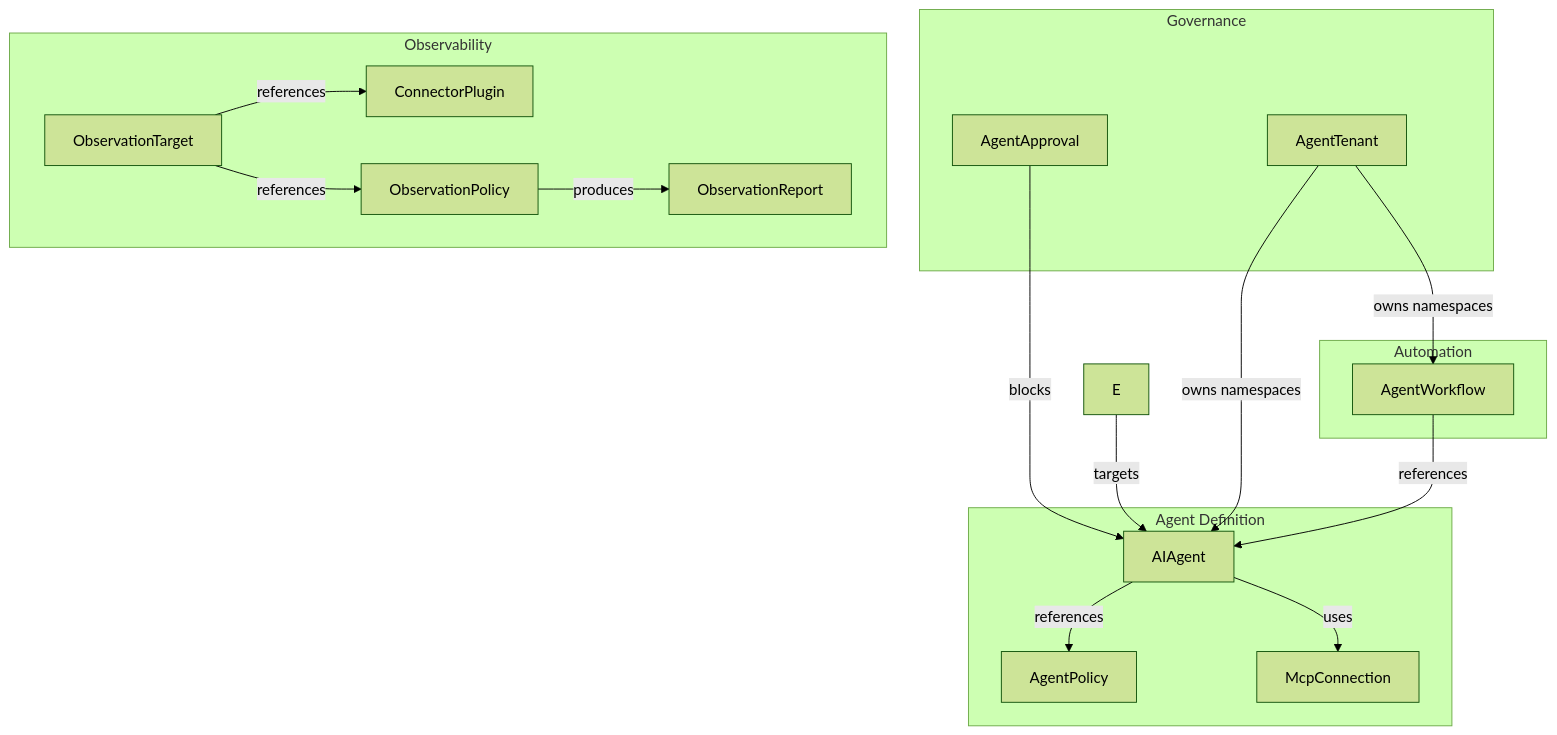
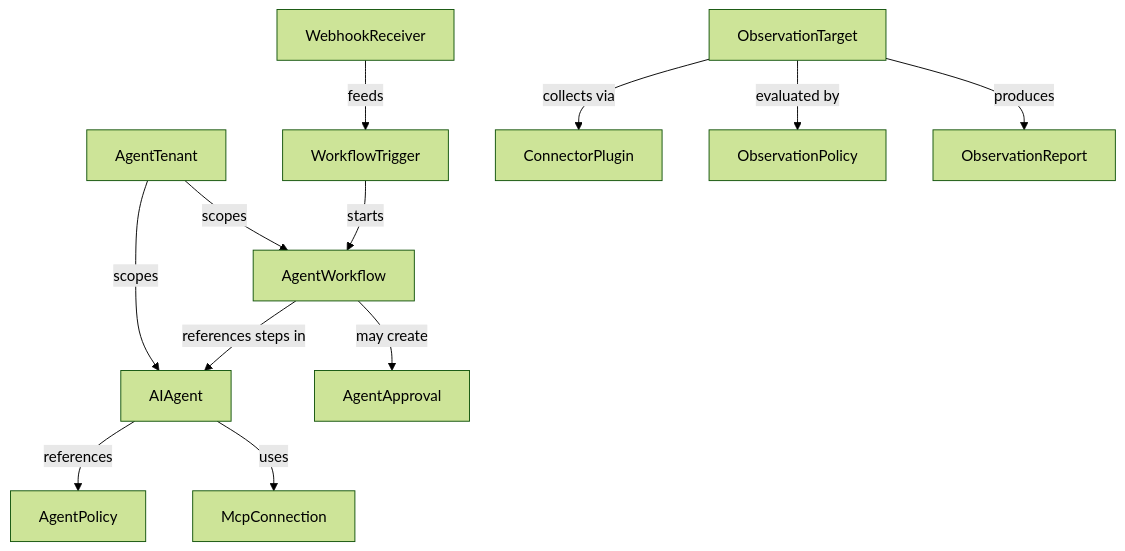
One commit to ykbytes/kubesynapse.ai changed the fifth of 5 diagrams in docs/architecture.md. Above: the diagram before and after it, drawn with Mermaid (forest theme). The commit also changed other lines of this file and 86 other files, not shown here.

````diff
--- a/docs/architecture.md
+++ b/docs/architecture.md
@@ -248,35 +323,27 @@
 ```mermaid
 flowchart TB
-    subgraph Agent["Agent Definition"]
-        A[AIAgent]
-        P[AgentPolicy]
-        M[McpConnection]
-    end
+    AG[AIAgent]
+    AP[AgentPolicy]
+    AA[AgentApproval]
+    AW[AgentWorkflow]
+    AT[AgentTenant]
+    MC[McpConnection]
+    WR[WebhookReceiver]
+    WT[WorkflowTrigger]
+    CP[ConnectorPlugin]
+    OT[ObservationTarget]
+    OP[ObservationPolicy]
+    OR[ObservationReport]
 
-    subgraph Governance["Governance"]
-        AP[AgentApproval]
-        AT[AgentTenant]
-    end
-
-    subgraph Automation["Automation"]
-        W[AgentWorkflow]
-    end
-
-    subgraph Observability["Observability"]
-        OT[ObservationTarget]
-        OP[ObservationPolicy]
-        OC[ConnectorPlugin]
-        OR[ObservationReport]
-    end
-
-    A -->|references| P
-    A -->|uses| M
-    W -->|references| A
-    E -->|targets| A
-    AP -->|blocks| A
-    AT -->|owns namespaces| A
-    AT -->|owns namespaces| W
-    OT -->|references| OC
-    OT -->|references| OP
-    OP -->|produces| OR
+    AG -->|references| AP
+    AG -->|uses| MC
+    AW -->|references steps in| AG
+    AW -->|may create| AA
+    WT -->|starts| AW
+    WR -->|feeds| WT
+    AT -->|scopes| AG
+    AT -->|scopes| AW
+    OT -->|collects via| CP
+    OT -->|evaluated by| OP
+    OT -->|produces| OR
 ```
````
